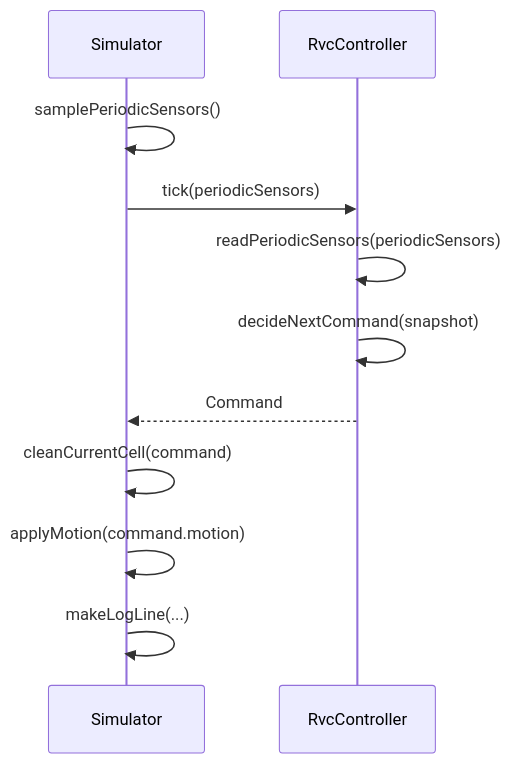
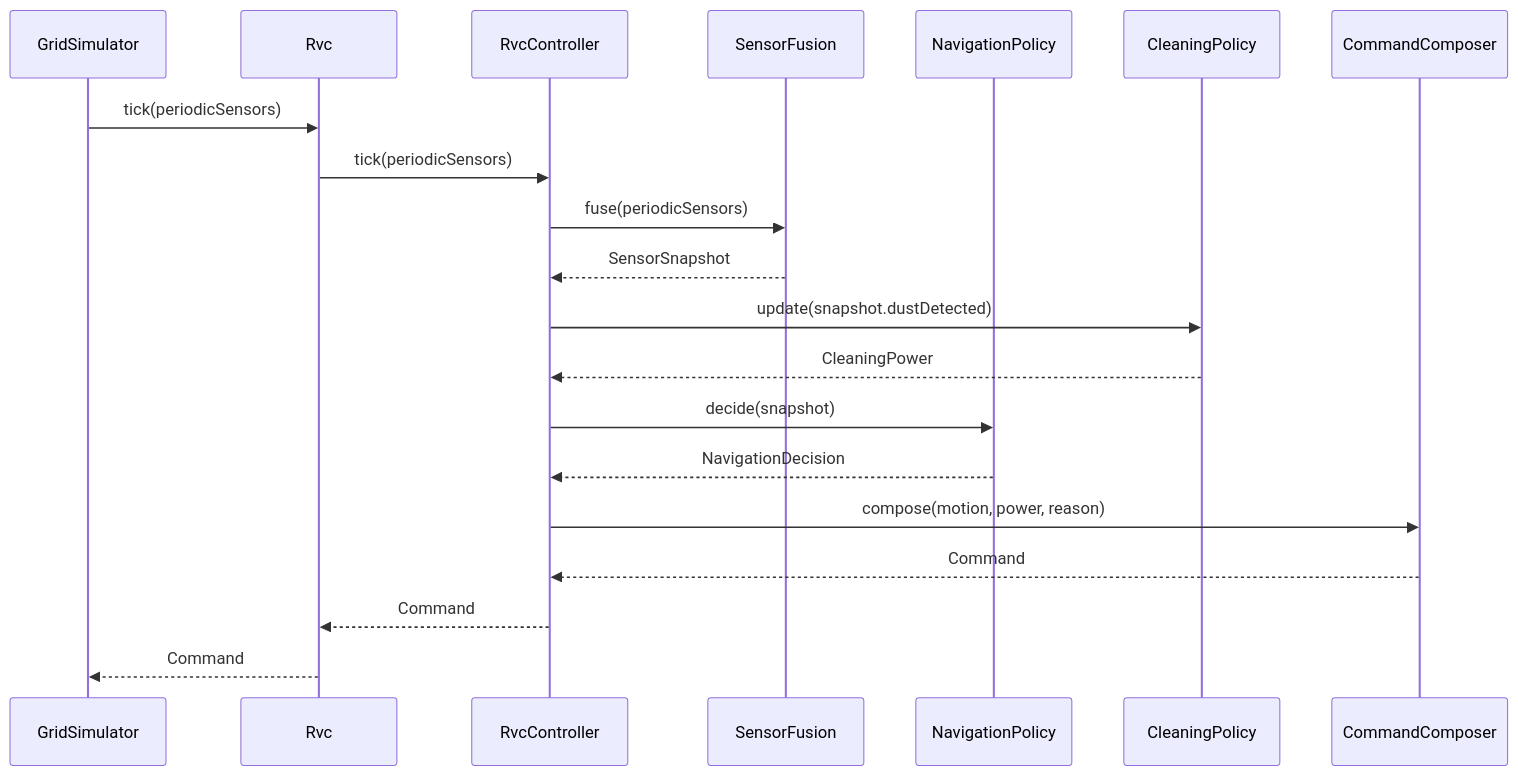
The first of 4 diagrams in docs/ood_sequence_diagrams.md (reload02/ooad-vibe), drawn with Mermaid before and after one commit. The commit also changed other lines of this file and 18 other files, not shown here.

First line of the commit message:
Refactor RVC architecture to enhance modularity and maintainability

````diff
--- a/docs/ood_sequence_diagrams.md
+++ b/docs/ood_sequence_diagrams.md
@@ -5,14 +5,23 @@
 ```mermaid
 sequenceDiagram
-    participant Simulator
+    participant Simulator as GridSimulator
+    participant RVC as Rvc
     participant Controller as RvcController
+    participant Fusion as SensorFusion
+    participant Navigation as NavigationPolicy
+    participant Cleaning as CleaningPolicy
+    participant Composer as CommandComposer
 
-    Simulator->>Simulator: samplePeriodicSensors()
-    Simulator->>Controller: tick(periodicSensors)
-    Controller->>Controller: readPeriodicSensors(periodicSensors)
-    Controller->>Controller: decideNextCommand(snapshot)
-    Controller-->>Simulator: Command
-    Simulator->>Simulator: cleanCurrentCell(command)
-    Simulator->>Simulator: applyMotion(command.motion)
-    Simulator->>Simulator: makeLogLine(...)
+    Simulator->>RVC: tick(periodicSensors)
+    RVC->>Controller: tick(periodicSensors)
+    Controller->>Fusion: fuse(periodicSensors)
+    Fusion-->>Controller: SensorSnapshot
+    Controller->>Cleaning: update(snapshot.dustDetected)
+    Cleaning-->>Controller: CleaningPower
+    Controller->>Navigation: decide(snapshot)
+    Navigation-->>Controller: NavigationDecision
+    Controller->>Composer: compose(motion, power, reason)
+    Composer-->>Controller: Command
+    Controller-->>RVC: Command
+    RVC-->>Simulator: Command
 ```
````
